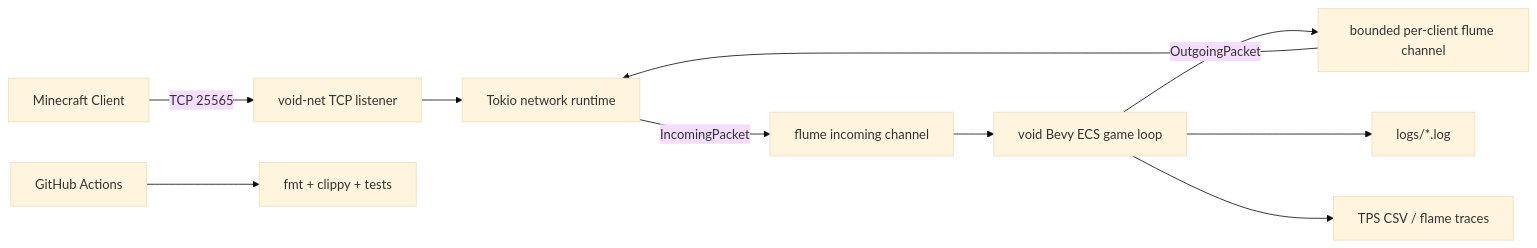
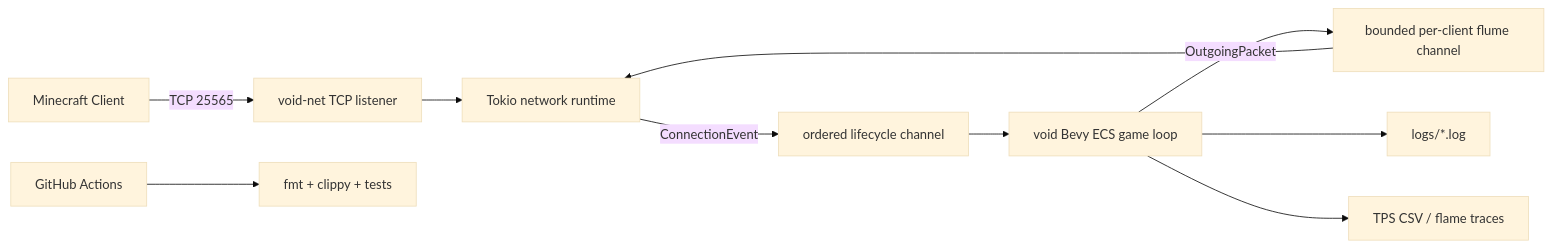
One commit to VoidMinecraft/VoidMC changed the second of 2 diagrams in void-docs/docs/architecture/index.md. Above: the diagram before and after it, drawn with Mermaid (base theme). The commit also changed 46 other files, not shown here.

Commit message:
feat(net): introduce connection lifecycle protocol

````diff
--- a/void-docs/docs/architecture/index.md
+++ b/void-docs/docs/architecture/index.md
@@ -20,12 +20,12 @@
 ```mermaid
 flowchart LR
     Client[Minecraft Client] -->|TCP 25565| Net[void-net TCP listener]
     Net --> Tokio[Tokio network runtime]
-    Tokio -->|IncomingPacket| In[flume incoming channel]
+    Tokio -->|ConnectionEvent| In[ordered lifecycle channel]
     In --> Game[void Bevy ECS game loop]
     Game -->|OutgoingPacket| Out[bounded per-client flume channel]
     Out --> Tokio
     Game --> Logs[logs/*.log]
     Game --> Metrics[TPS CSV / flame traces]
     CI[GitHub Actions] --> Gates[fmt + clippy + tests]
 ```
````
